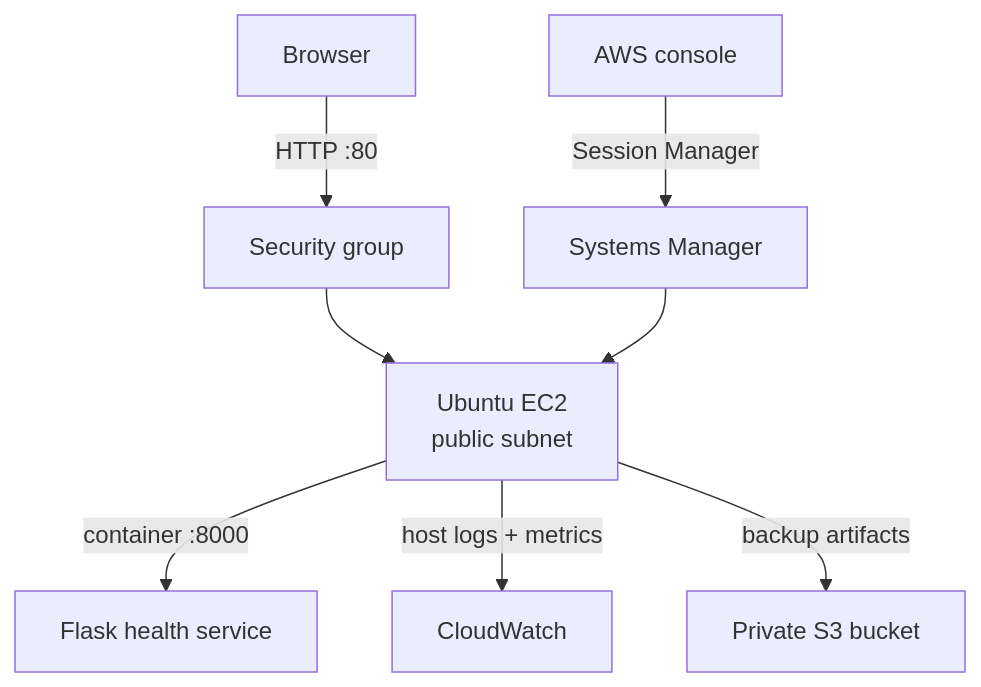
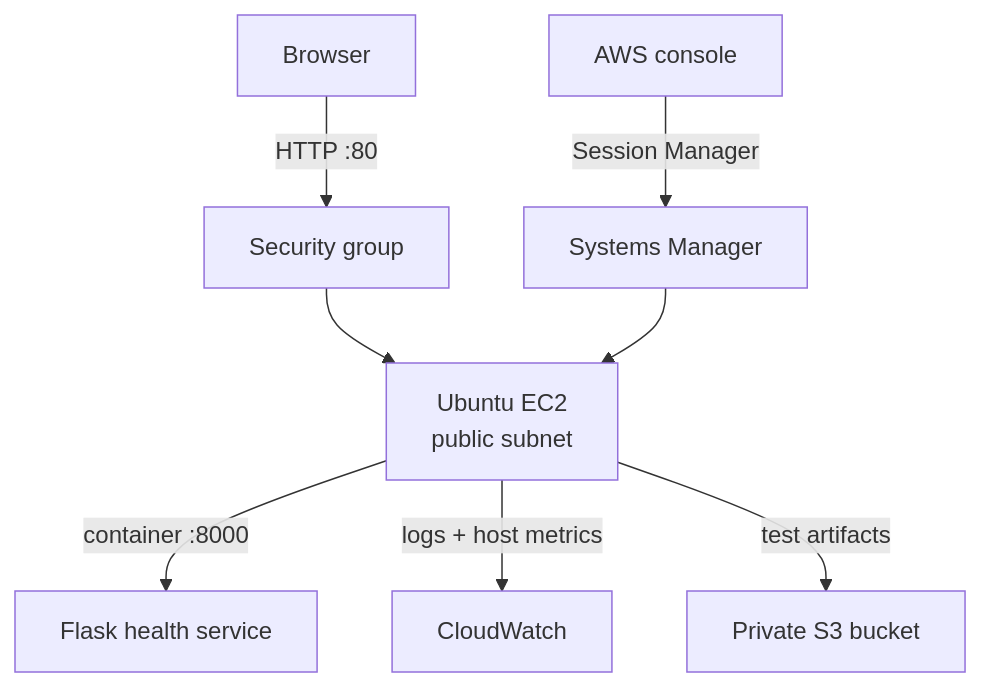
Before and after one commit to audhipa/homelab: the diagram in aws-cloud-ops/README.md, drawn with Mermaid. The commit also changed other lines of this file, not shown here.

````diff
--- a/aws-cloud-ops/README.md
+++ b/aws-cloud-ops/README.md
@@ -27,12 +22,12 @@
 ```mermaid
 flowchart TD
     browser["Browser"] -->|"HTTP :80"| sg["Security group"]
-    sg --> ec2["Ubuntu EC2\npublic subnet"]
+    sg --> ec2["Ubuntu EC2<br/>public subnet"]
     ec2 -->|"container :8000"| app["Flask health service"]
 
     admin["AWS console"] -->|"Session Manager"| ssm["Systems Manager"]
     ssm --> ec2
 
-    ec2 -->|"host logs + metrics"| cw["CloudWatch"]
-    ec2 -->|"backup artifacts"| s3["Private S3 bucket"]
+    ec2 -->|"logs + host metrics"| cw["CloudWatch"]
+    ec2 -->|"test artifacts"| s3["Private S3 bucket"]
 ```
````
